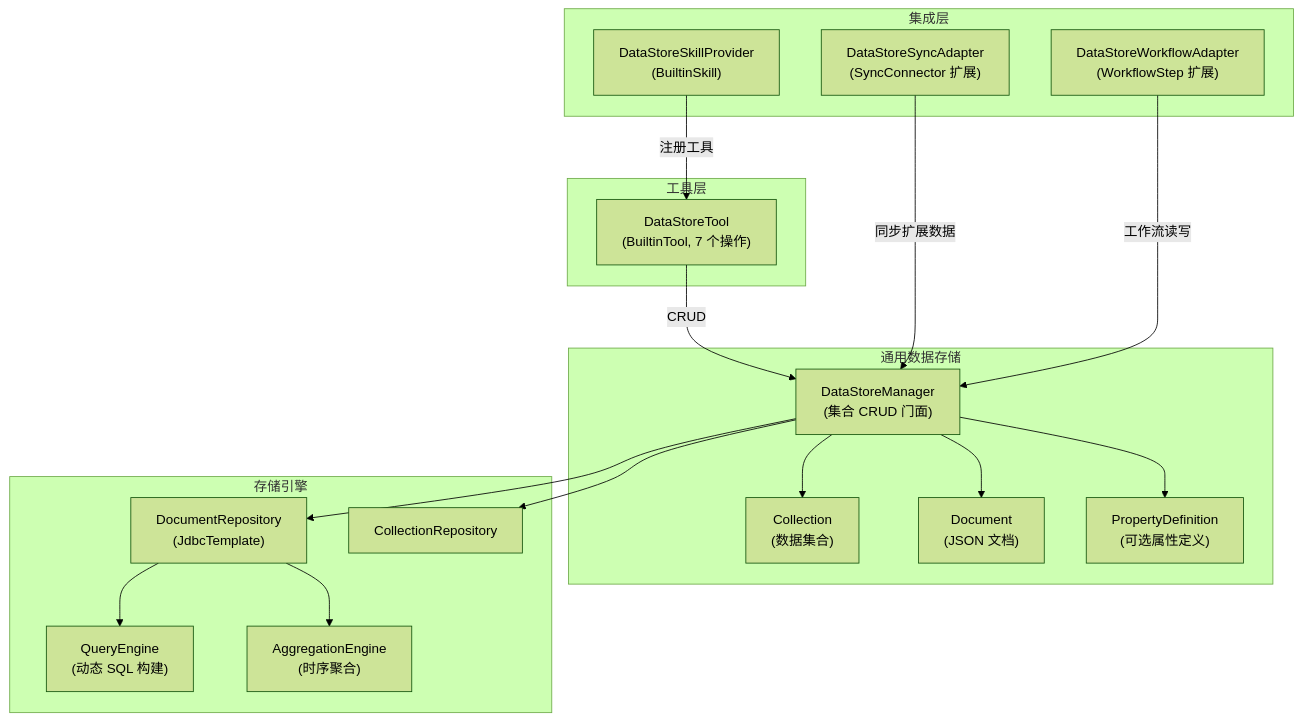
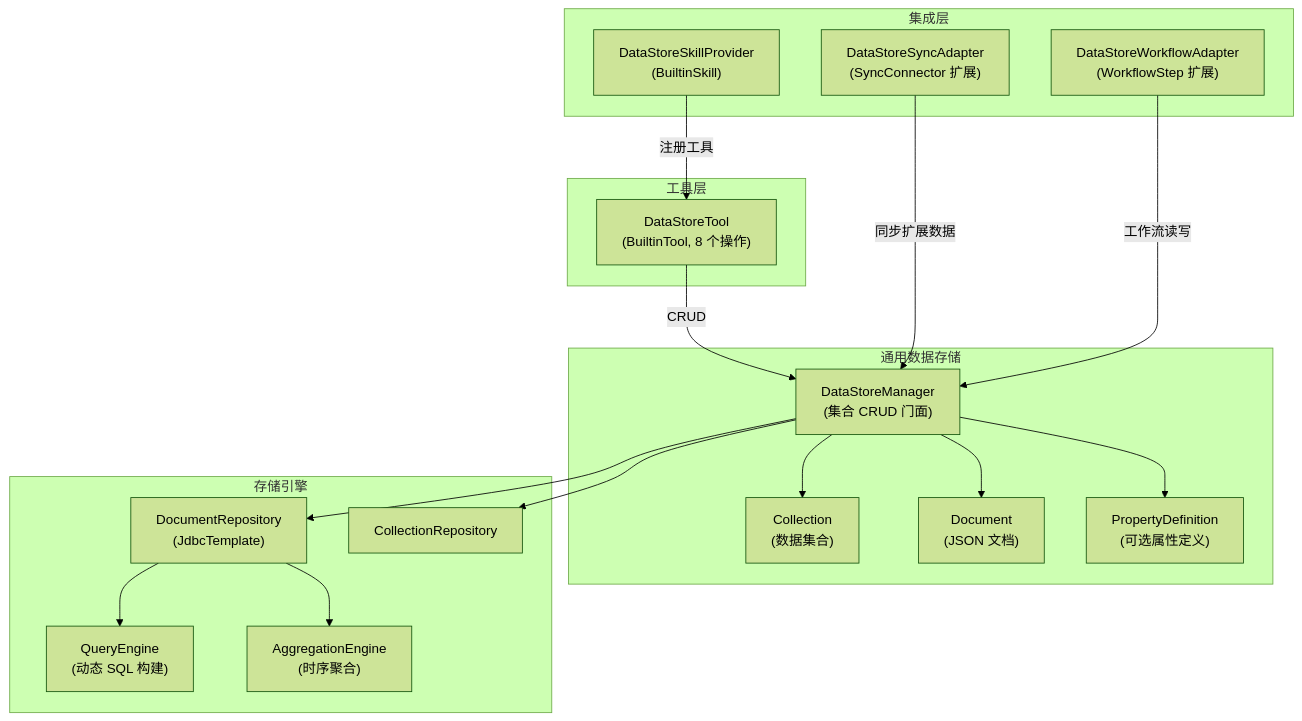
The first of 3 diagrams in docs/architecture/generic-data-store.md (ntygod/LifePilot), drawn with Mermaid (forest theme) before and after one commit. The commit also changed other lines of this file and 17 other files, not shown here.

````diff
--- a/docs/architecture/generic-data-store.md
+++ b/docs/architecture/generic-data-store.md
@@ -42,38 +42,38 @@
 ```mermaid
 graph TB
     subgraph "通用数据存储"
         DSM["DataStoreManager<br/>(集合 CRUD 门面)"]
         COL["Collection<br/>(数据集合)"]
         DOC["Document<br/>(JSON 文档)"]
         PD["PropertyDefinition<br/>(可选属性定义)"]
         DSM --> COL
         DSM --> DOC
         DSM --> PD
     end
 
     subgraph "存储引擎"
         DR["DocumentRepository<br/>(JdbcTemplate)"]
         CR["CollectionRepository"]
         QE["QueryEngine<br/>(动态 SQL 构建)"]
         AGG["AggregationEngine<br/>(时序聚合)"]
         DR --> QE
         DR --> AGG
     end
 
     subgraph "工具层"
-        DST["DataStoreTool<br/>(BuiltinTool, 7 个操作)"]
+        DST["DataStoreTool<br/>(BuiltinTool, 8 个操作)"]
     end
 
     subgraph "集成层"
         SSP["DataStoreSkillProvider<br/>(BuiltinSkill)"]
         SYN["DataStoreSyncAdapter<br/>(SyncConnector 扩展)"]
         WFA["DataStoreWorkflowAdapter<br/>(WorkflowStep 扩展)"]
     end
 
     DST -->|"CRUD"| DSM
     SSP -->|"注册工具"| DST
     SYN -->|"同步扩展数据"| DSM
     WFA -->|"工作流读写"| DSM
     DSM --> DR
     DSM --> CR
 ```
````
